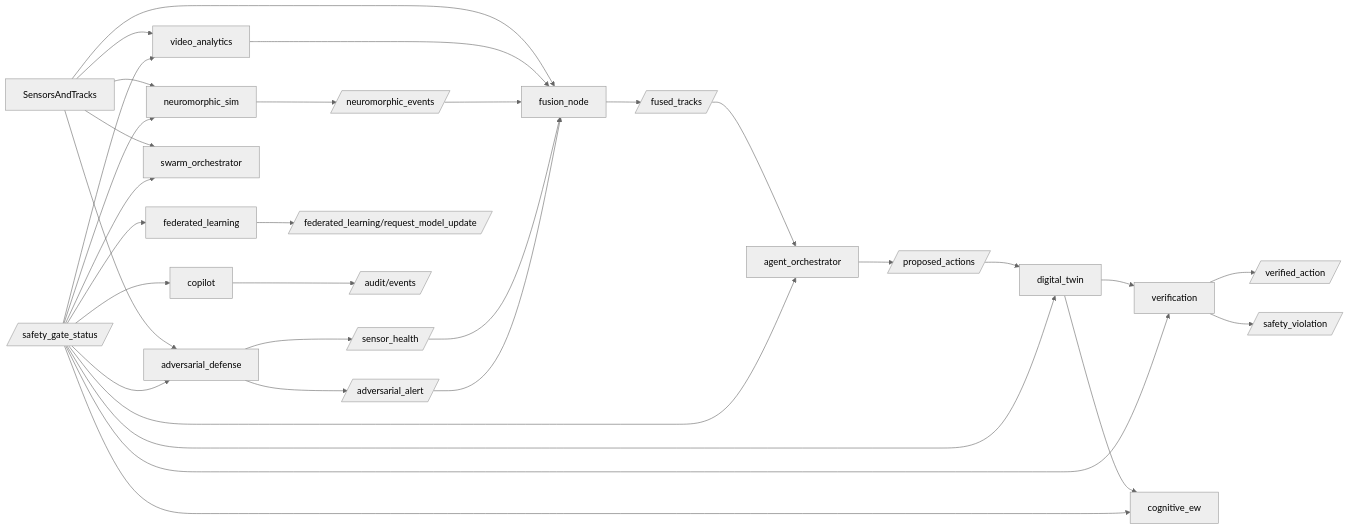
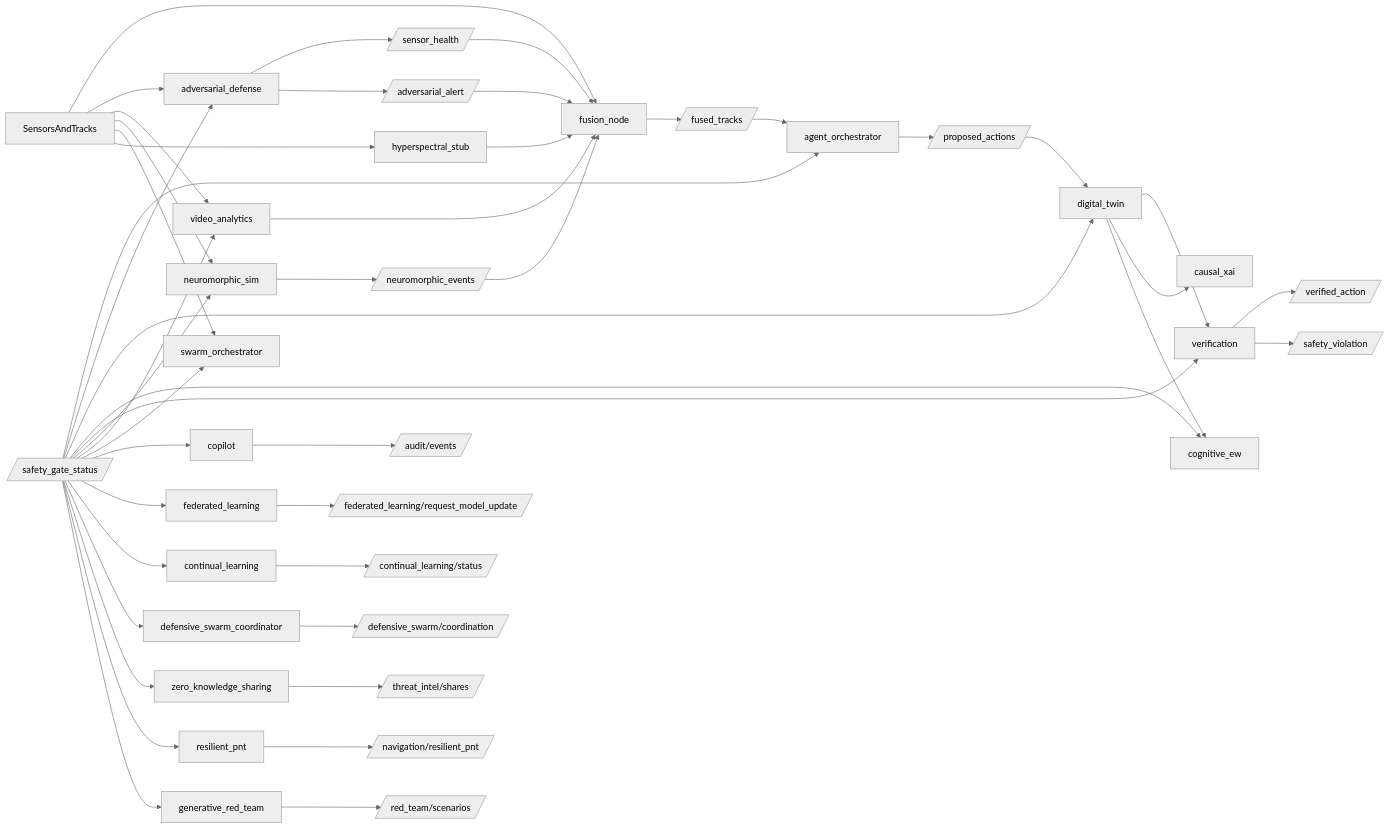
Before and after one commit to FratresMedAI/Ancile-Aeris: the diagram in docs/COGNITIVE_ARCHITECTURE.md, drawn with Mermaid (neutral theme). The commit also changed other lines of this file and 58 other files, not shown here.

````diff
--- a/docs/COGNITIVE_ARCHITECTURE.md
+++ b/docs/COGNITIVE_ARCHITECTURE.md
@@ -32,35 +40,48 @@
 ```mermaid
 flowchart LR
   sensorInputs[SensorsAndTracks] --> fusionNode[fusion_node]
   sensorInputs --> adversarialDefense[adversarial_defense]
   sensorInputs --> videoAnalytics[video_analytics]
   sensorInputs --> neuromorphicSim[neuromorphic_sim]
   sensorInputs --> swarmOrchestrator[swarm_orchestrator]
+  sensorInputs --> hyperspectral[hyperspectral_stub]
   videoAnalytics --> fusionNode
   neuromorphicSim --> eventTopic[/neuromorphic_events/]
   eventTopic --> fusionNode
+  hyperspectral --> fusionNode
   adversarialDefense --> sensorHealth[/sensor_health/]
   adversarialDefense --> adversarialAlert[/adversarial_alert/]
   sensorHealth --> fusionNode
   adversarialAlert --> fusionNode
   fusionNode --> fusedTracks[/fused_tracks/]
   fusedTracks --> agentOrchestrator[agent_orchestrator]
   agentOrchestrator --> proposedActions[/proposed_actions/]
   proposedActions --> digitalTwin[digital_twin]
   digitalTwin --> verification[verification]
+  digitalTwin --> causalXai[causal_xai]
   verification --> verifiedAction[/verified_action/]
   verification --> safetyViolation[/safety_violation/]
   digitalTwin --> cognitiveEw[cognitive_ew]
   federatedLearning[federated_learning] --> modelUpdateSvc[/federated_learning/request_model_update/]
+  continualLearning[continual_learning] --> learningStatus[/continual_learning/status/]
+  defensiveSwarm[defensive_swarm_coordinator] --> defensiveCoord[/defensive_swarm/coordination/]
+  zkSharing[zero_knowledge_sharing] --> threatShare[/threat_intel/shares/]
+  resilientPnt[resilient_pnt] --> pntTopic[/navigation/resilient_pnt/]
+  redTeam[generative_red_team] --> redTeamTopic[/red_team/scenarios/]
   copilot[copilot] --> auditEvents[/audit/events/]
   safetyGate[/safety_gate_status/] --> agentOrchestrator
   safetyGate --> adversarialDefense
   safetyGate --> digitalTwin
   safetyGate --> cognitiveEw
   safetyGate --> verification
   safetyGate --> neuromorphicSim
   safetyGate --> videoAnalytics
   safetyGate --> swarmOrchestrator
   safetyGate --> copilot
   safetyGate --> federatedLearning
+  safetyGate --> continualLearning
+  safetyGate --> defensiveSwarm
+  safetyGate --> zkSharing
+  safetyGate --> resilientPnt
+  safetyGate --> redTeam
 ```
````
